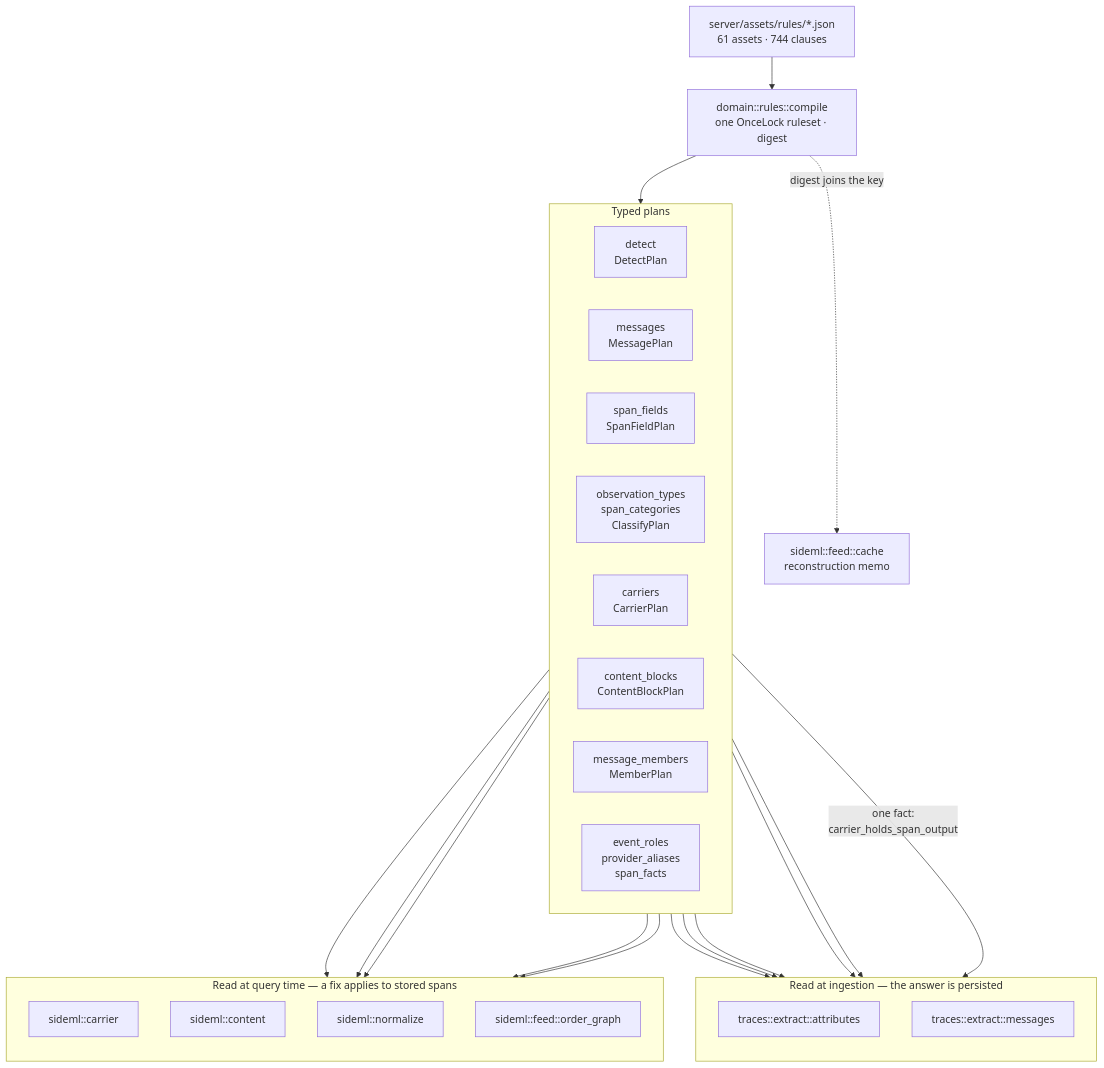
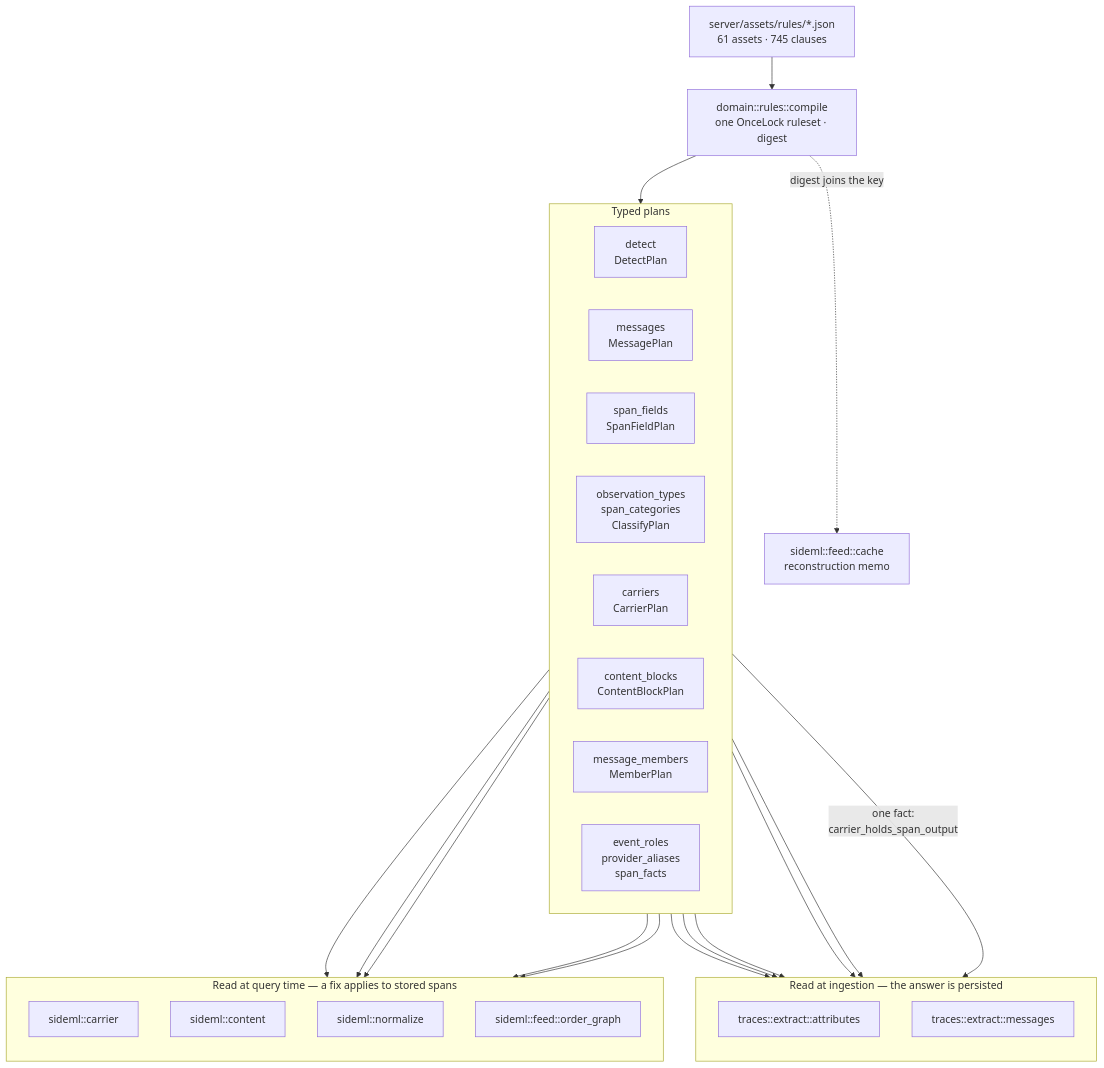
One commit to sideseat/sideseat changed the first of 7 diagrams in docs/engineering/architecture-diagrams.md. Above: the diagram before and after it, drawn with Mermaid. The commit also changed 24 other files, not shown here.

````diff
--- a/docs/engineering/architecture-diagrams.md
+++ b/docs/engineering/architecture-diagrams.md
@@ -18,47 +18,47 @@
 ```mermaid
 flowchart TB
-    assets["server/assets/rules/*.json<br/>61 assets · 744 clauses"]
+    assets["server/assets/rules/*.json<br/>61 assets · 745 clauses"]
     compile["domain::rules::compile<br/>one OnceLock ruleset · digest"]
     assets --> compile
 
     subgraph plans["Typed plans"]
         direction LR
         detect["detect<br/>DetectPlan"]
         messages["messages<br/>MessagePlan"]
         fields["span_fields<br/>SpanFieldPlan"]
         classify["observation_types<br/>span_categories<br/>ClassifyPlan"]
         carriers["carriers<br/>CarrierPlan"]
         blocks["content_blocks<br/>ContentBlockPlan"]
         members["message_members<br/>MemberPlan"]
         roles["event_roles<br/>provider_aliases<br/>span_facts"]
     end
     compile --> plans
 
     subgraph ingest["Read at ingestion — the answer is persisted"]
         direction TB
         attrs["traces::extract::attributes"]
         msgs["traces::extract::messages"]
     end
 
     subgraph query["Read at query time — a fix applies to stored spans"]
         direction TB
         carrier["sideml::carrier"]
         content["sideml::content"]
         normalize["sideml::normalize"]
         order["sideml::feed::order_graph"]
     end
 
     detect --> attrs
     fields --> attrs
     classify --> attrs
     roles --> attrs
     messages --> msgs
     carriers -->|"one fact:<br/>carrier_holds_span_output"| msgs
     carriers --> carrier
     carriers --> order
     blocks --> content
     members --> content
     roles --> normalize
 
     compile -. "digest joins the key" .-> cache["sideml::feed::cache<br/>reconstruction memo"]
 ```
````
